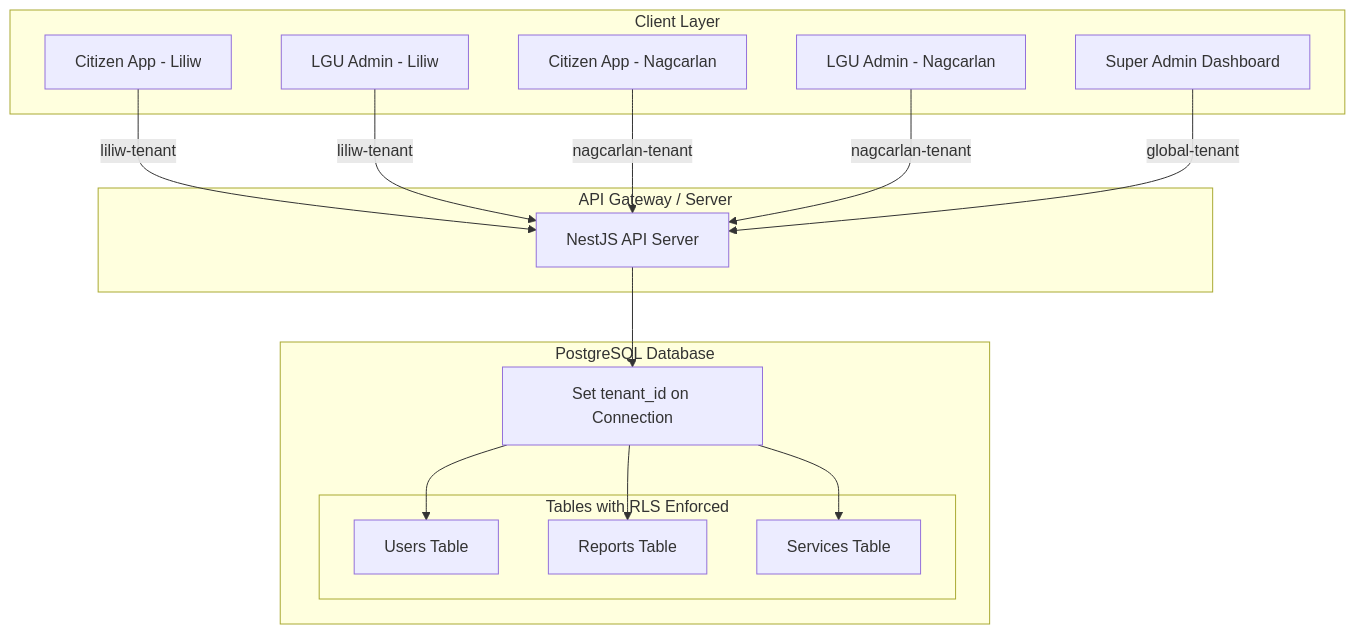
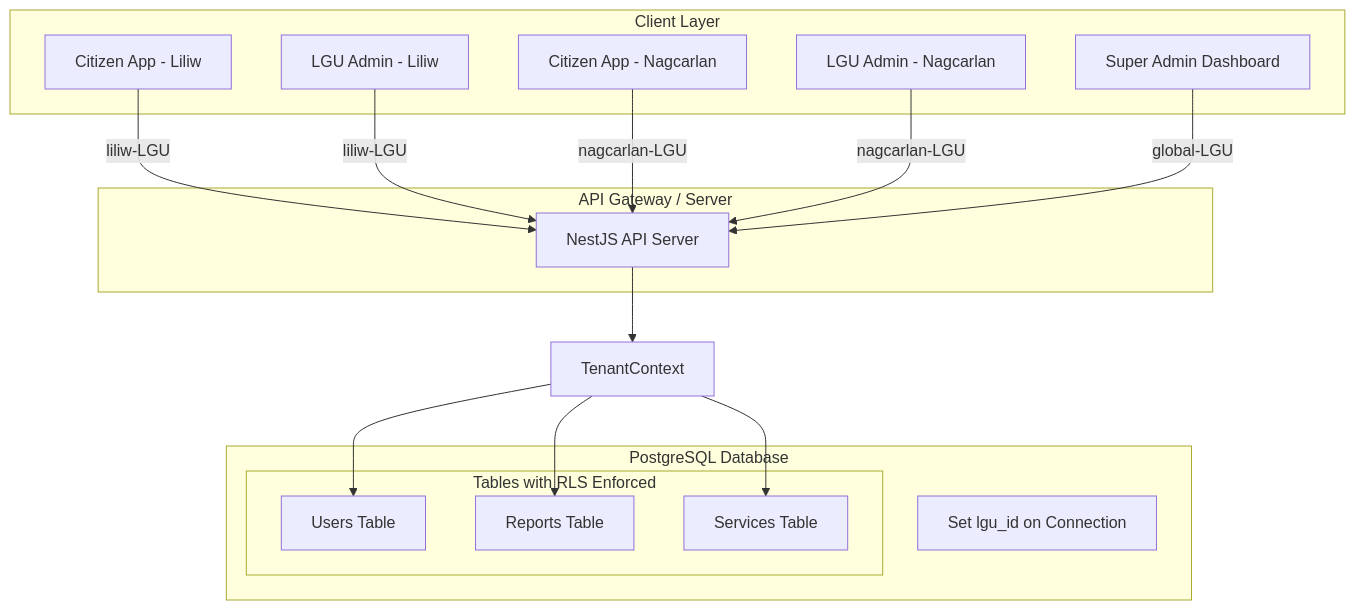
Before and after one commit to MellowLaw/AGAPP: the diagram in Docs/Planning/Roadmap.md, drawn with Mermaid. The commit also changed other lines of this file and 20 other files, not shown here.

Commit message:
feat: update terminology to multi-LGU and initialize system documentation, architecture diagrams, and admin app scaffold.

````diff
--- a/Docs/Planning/Roadmap.md
+++ b/Docs/Planning/Roadmap.md
@@ -56,29 +56,29 @@
 ```mermaid
 graph TD
     subgraph Client Layer
         C1[Citizen App - Liliw]
         C2[Citizen App - Nagcarlan]
         A1[LGU Admin - Liliw]
         A2[LGU Admin - Nagcarlan]
         SA[Super Admin Dashboard]
     end
 
     subgraph API Gateway / Server
         Nest[NestJS API Server]
     end
 
     subgraph PostgreSQL Database
-        TenantContext[Set tenant_id on Connection]
+        LGUContext[Set lgu_id on Connection]
         subgraph Tables with RLS Enforced
             T_Users[Users Table]
             T_Reports[Reports Table]
             T_Services[Services Table]
         end
     end
 
-    C1 & A1 -->|liliw-tenant| Nest
-    C2 & A2 -->|nagcarlan-tenant| Nest
-    SA -->|global-tenant| Nest
+    C1 & A1 -->|liliw-LGU| Nest
+    C2 & A2 -->|nagcarlan-LGU| Nest
+    SA -->|global-LGU| Nest
     Nest --> TenantContext
     TenantContext --> T_Users & T_Reports & T_Services
 ```
````
